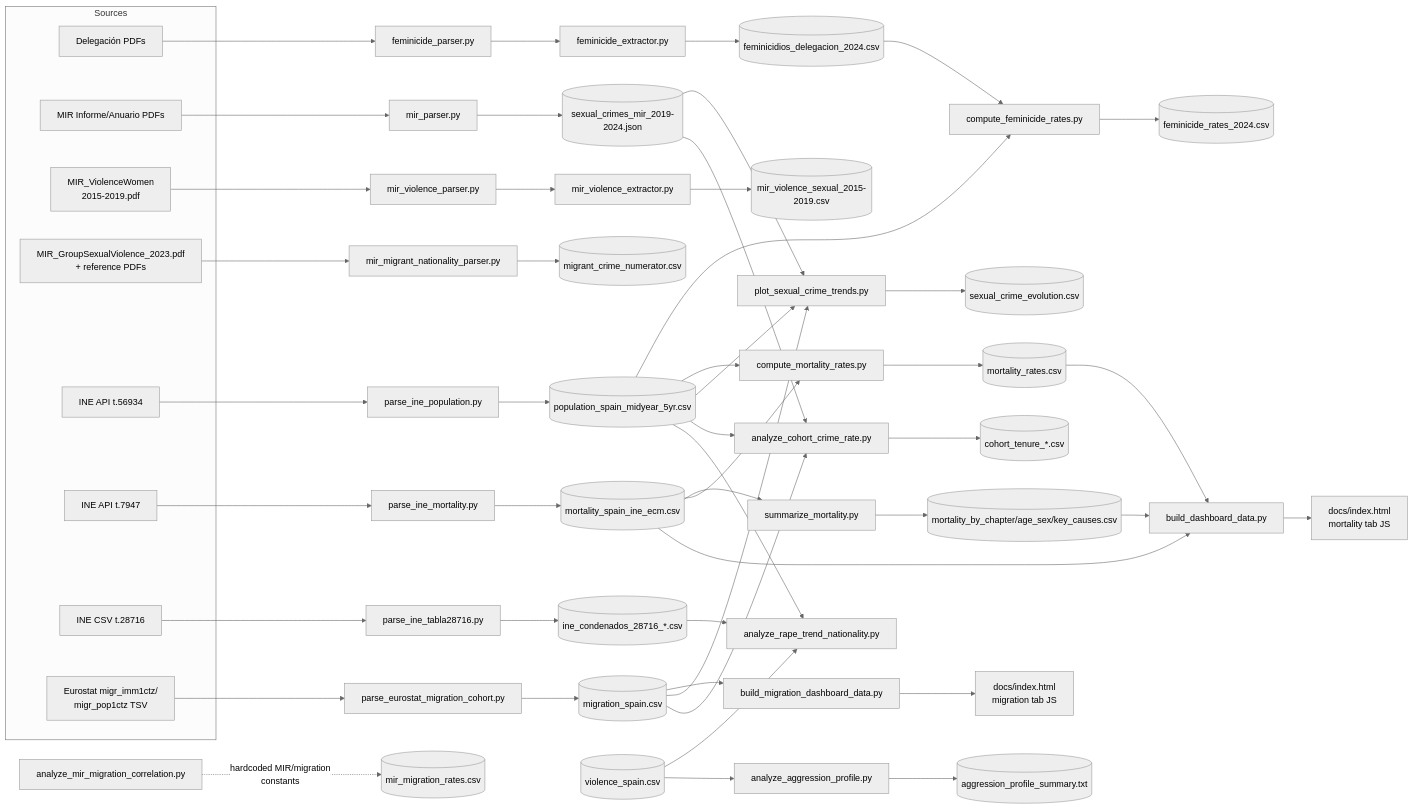
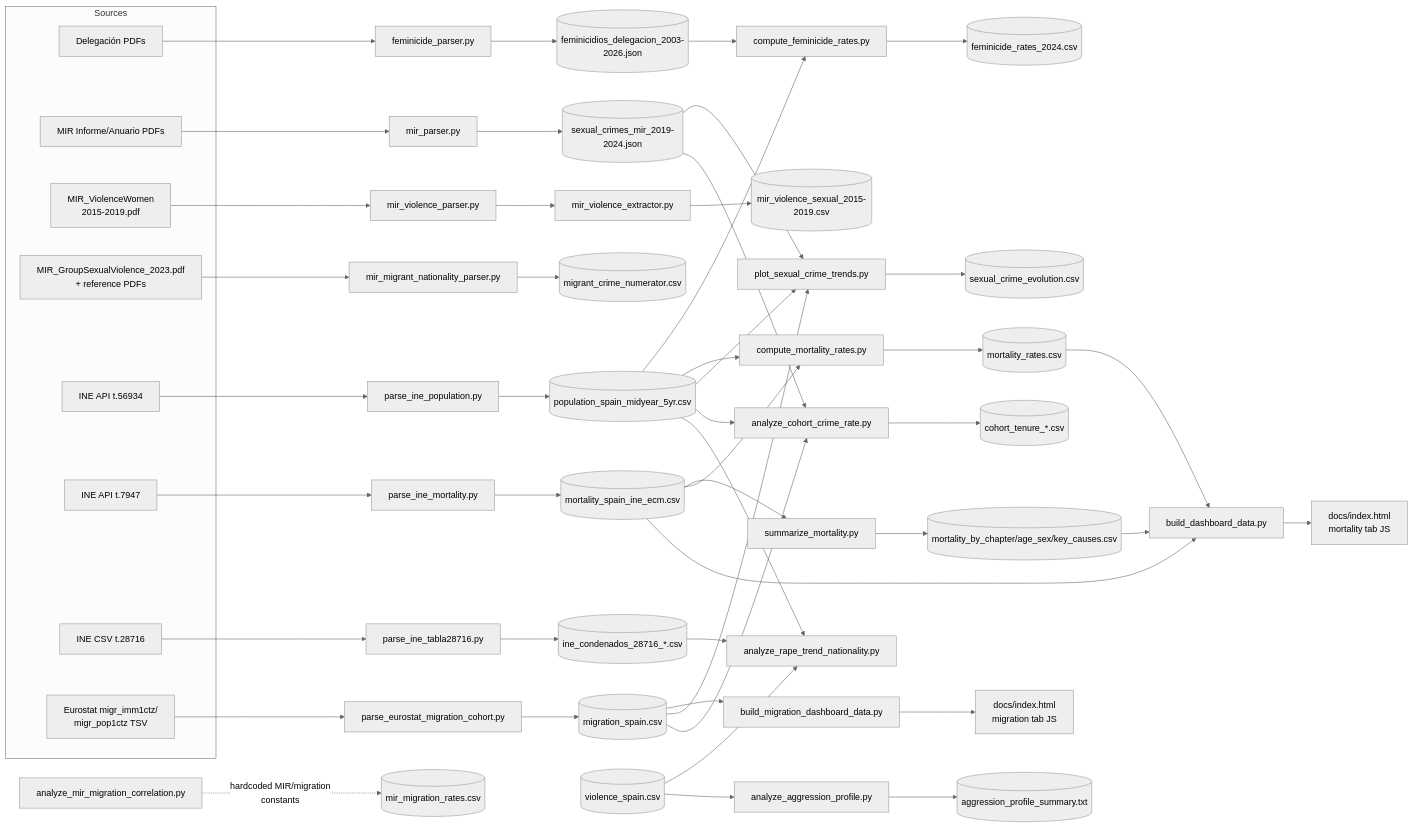
Before and after one commit to JavierGOrdonnez/SVS: the diagram in data/PIPELINE.md, drawn with Mermaid (neutral theme). The commit also changed other lines of this file and 34 other files, not shown here.

First line of the commit message:
Consolidate feminicide parser into single file, full 2003-2026 coverage

````diff
--- a/data/PIPELINE.md
+++ b/data/PIPELINE.md
@@ -54,56 +55,56 @@
 ```mermaid
 flowchart LR
   subgraph Sources
     PDF_FEM[Delegación PDFs]
     PDF_MIR[MIR Informe/Anuario PDFs]
     PDF_MIRV[MIR_ViolenceWomen<br/>2015-2019.pdf]
     PDF_GRP[MIR_GroupSexualViolence_2023.pdf<br/>+ reference PDFs]
     API_POP[INE API t.56934]
     API_MORT[INE API t.7947]
     URL_28716[INE CSV t.28716]
     TSV_EURO[Eurostat migr_imm1ctz/<br/>migr_pop1ctz TSV]
   end
 
-  PDF_FEM --> feminicide_parser.py --> feminicide_extractor.py --> CSV_FEM[(feminicidios_delegacion_2024.csv)]
+  PDF_FEM --> feminicide_parser.py --> JSON_FEM[(feminicidios_delegacion_2003-2026.json)]
   PDF_MIR --> mir_parser.py --> JSON_MIR[(sexual_crimes_mir_2019-2024.json)]
   PDF_MIRV --> mir_violence_parser.py --> mir_violence_extractor.py --> CSV_MIRV[(mir_violence_sexual_2015-2019.csv)]
   PDF_GRP --> mir_migrant_nationality_parser.py --> CSV_MIG[(migrant_crime_numerator.csv)]
   API_POP --> parse_ine_population.py --> CSV_POP[(population_spain_midyear_5yr.csv)]
   API_MORT --> parse_ine_mortality.py --> CSV_ECM[(mortality_spain_ine_ecm.csv)]
   CSV_ECM --> summarize_mortality.py --> CSV_MORTSUM[(mortality_by_chapter/age_sex/key_causes.csv)]
   URL_28716 --> parse_ine_tabla28716.py --> CSV_28716[(ine_condenados_28716_*.csv)]
   TSV_EURO --> parse_eurostat_migration_cohort.py --> CSV_MIGR[(migration_spain.csv)]
 
-  CSV_FEM --> compute_feminicide_rates.py
+  JSON_FEM --> compute_feminicide_rates.py
   CSV_POP --> compute_feminicide_rates.py
   compute_feminicide_rates.py --> CSV_FEMRATE[(feminicide_rates_2024.csv)]
 
   CSV_ECM --> compute_mortality_rates.py
   CSV_POP --> compute_mortality_rates.py
   compute_mortality_rates.py --> CSV_MORTRATE[(mortality_rates.csv)]
 
   CSV_MORTRATE --> build_dashboard_data.py
   CSV_MORTSUM --> build_dashboard_data.py
   CSV_ECM --> build_dashboard_data.py
   build_dashboard_data.py --> DASH1[docs/index.html<br/>mortality tab JS]
 
   CSV_MIGR --> build_migration_dashboard_data.py --> DASH2[docs/index.html<br/>migration tab JS]
 
   JSON_MIR --> plot_sexual_crime_trends.py
   CSV_MIGR --> plot_sexual_crime_trends.py
   CSV_POP --> plot_sexual_crime_trends.py
   plot_sexual_crime_trends.py --> CSV_TREND[(sexual_crime_evolution.csv)]
 
   JSON_MIR --> analyze_cohort_crime_rate.py
   CSV_MIGR --> analyze_cohort_crime_rate.py
   CSV_POP --> analyze_cohort_crime_rate.py
   analyze_cohort_crime_rate.py --> CSV_COHORT[(cohort_tenure_*.csv)]
 
   CSV_28716 --> analyze_rape_trend_nationality.py
   CSV_VIOL[(violence_spain.csv)] --> analyze_rape_trend_nationality.py
   CSV_POP --> analyze_rape_trend_nationality.py
 
   CSV_VIOL --> analyze_aggression_profile.py --> TXT_AGG[(aggression_profile_summary.txt)]
 
   analyze_mir_migration_correlation.py -. hardcoded MIR/migration<br/>constants .-> CSV_CORR[(mir_migration_rates.csv)]
 ```
````
